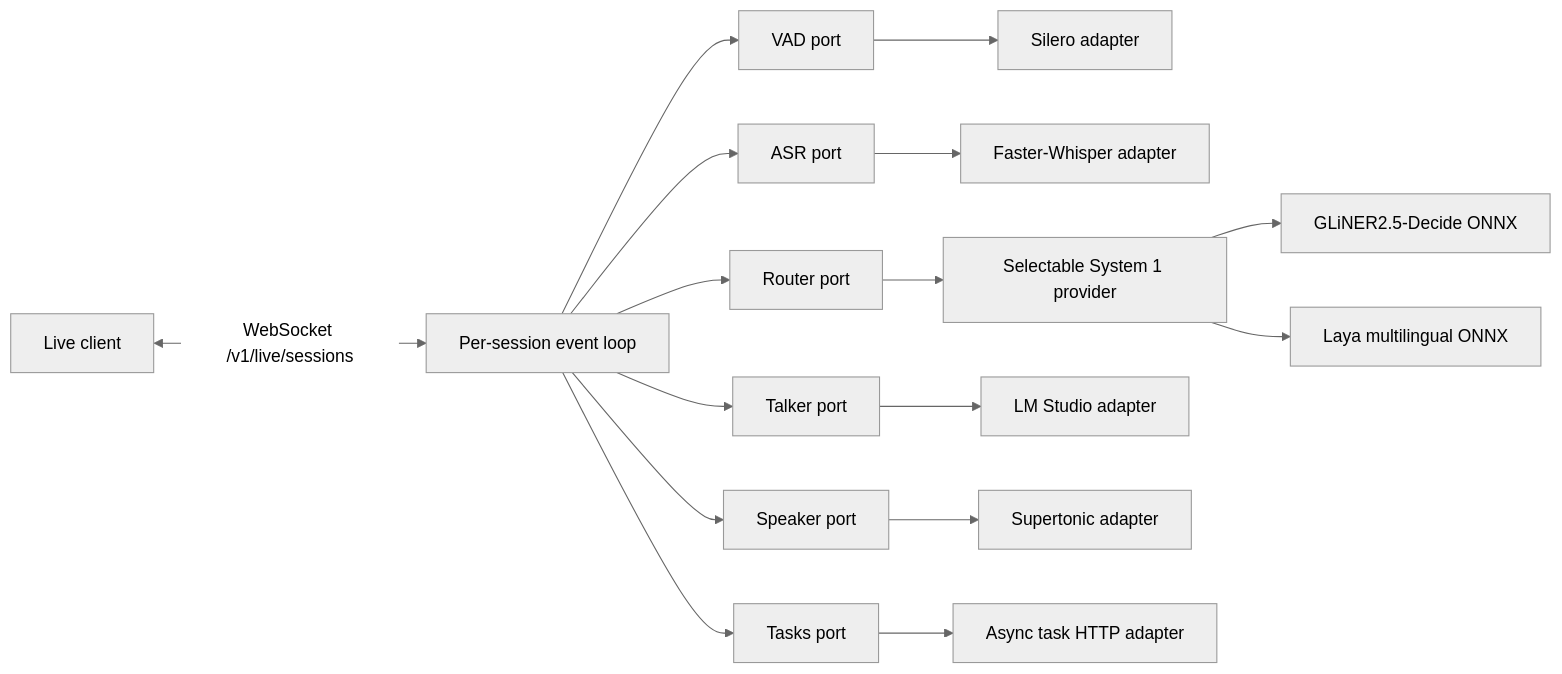
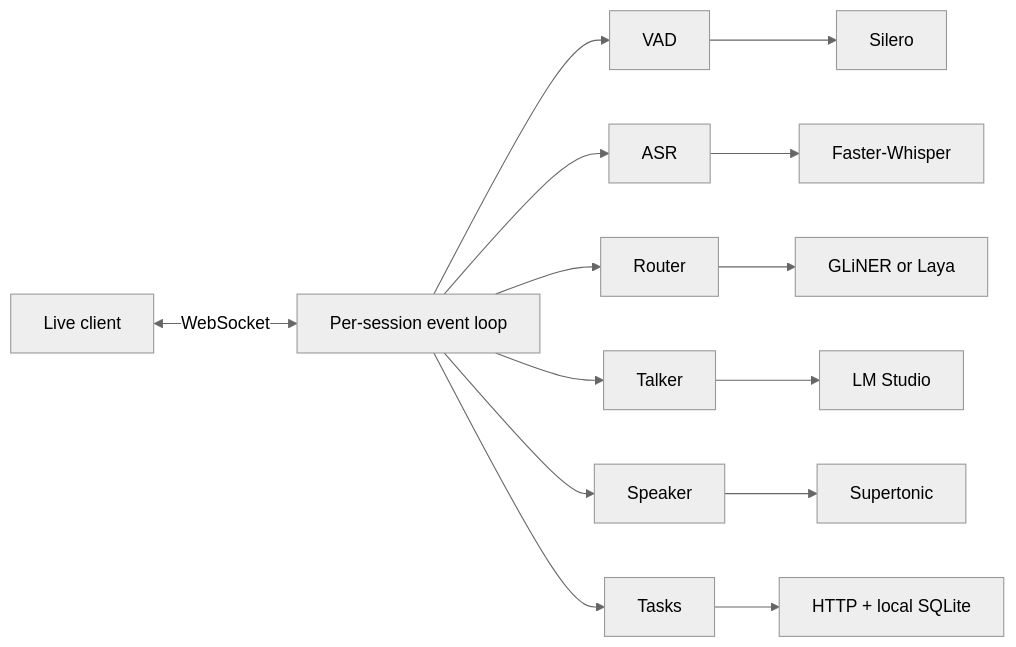
The diagram in README.md (tavallaie/open-gptlive-poc), drawn with Mermaid (neutral theme) before and after one commit. The commit also changed other lines of this file, not shown here.

````diff
--- a/README.md
+++ b/README.md
@@ -11,18 +37,16 @@
 ```mermaid
 flowchart LR
-    Client[Live client] <-->|WebSocket /v1/live/sessions| Session[Per-session event loop]
-    Session --> VAD[VAD port]
-    Session --> ASR[ASR port]
-    Session --> Router[Router port]
-    Session --> Talker[Talker port]
-    Session --> Speaker[Speaker port]
-    Session --> Tasks[Tasks port]
-    VAD --> Silero[Silero adapter]
-    ASR --> Whisper[Faster-Whisper adapter]
-    Router --> Decision[Selectable System 1 provider]
-    Decision --> GLiNER[GLiNER2.5-Decide ONNX]
-    Decision --> Laya[Laya multilingual ONNX]
-    Talker --> LM[LM Studio adapter]
-    Speaker --> Supertonic[Supertonic adapter]
-    Tasks --> HTTP[Async task HTTP adapter]
+    Client[Live client] <-->|WebSocket| Session[Per-session event loop]
+    Session --> VAD[VAD]
+    Session --> ASR[ASR]
+    Session --> Router[Router]
+    Session --> Talker[Talker]
+    Session --> Speaker[Speaker]
+    Session --> Tasks[Tasks]
+    VAD --> Silero[Silero]
+    ASR --> Whisper[Faster-Whisper]
+    Router --> Decision[GLiNER or Laya]
+    Talker --> LM[LM Studio]
+    Speaker --> Supertonic[Supertonic]
+    Tasks --> HTTP[HTTP + local SQLite]
 ```
````
